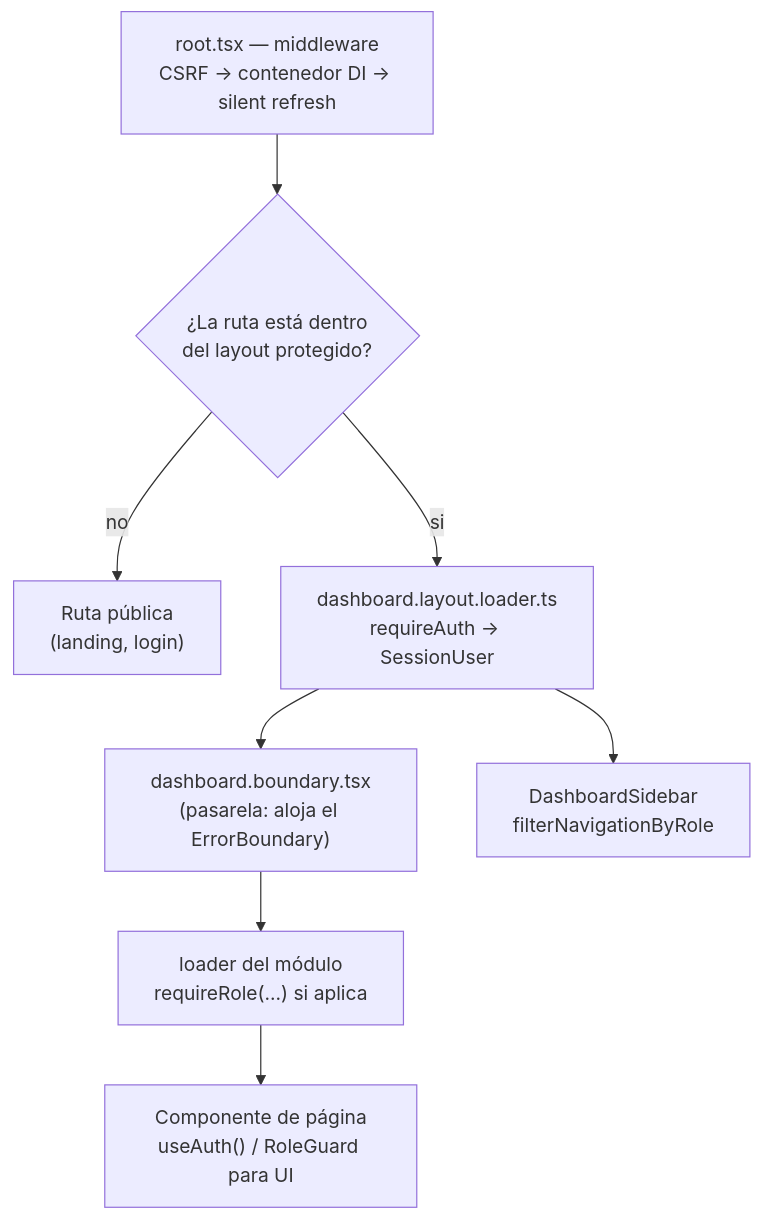
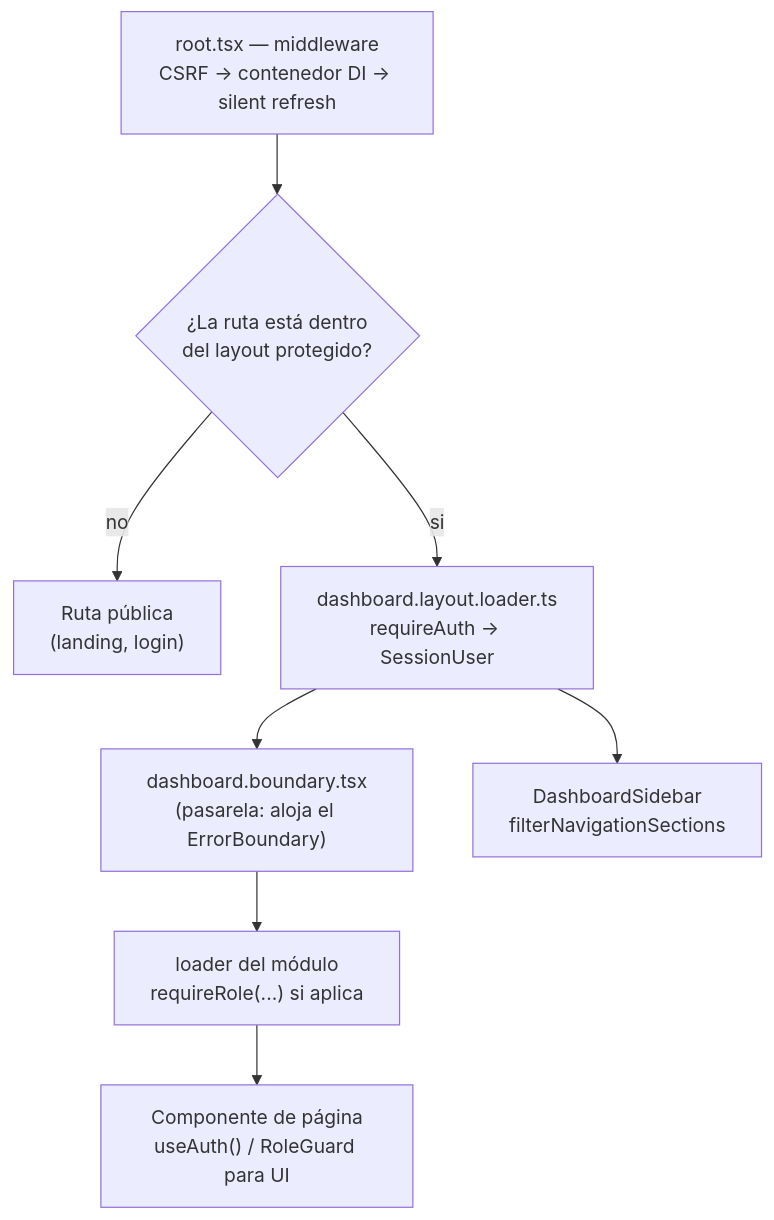
Before and after one commit to jesustrujillodev/instituto-digital: the diagram in docs/routing/00-sistema-enrutado.md, drawn with Mermaid. The commit also changed other lines of this file and 49 other files, not shown here.

````diff
--- a/docs/routing/00-sistema-enrutado.md
+++ b/docs/routing/00-sistema-enrutado.md
@@ -150,10 +150,10 @@
 ```mermaid
 flowchart TD
     A["root.tsx — middleware<br/>CSRF → contenedor DI → silent refresh"] --> B{"¿La ruta está dentro<br/>del layout protegido?"}
     B -- no --> C["Ruta pública<br/>(landing, login)"]
     B -- si --> D["dashboard.layout.loader.ts<br/>requireAuth → SessionUser"]
     D --> E["dashboard.boundary.tsx<br/>(pasarela: aloja el ErrorBoundary)"]
     E --> F["loader del módulo<br/>requireRole(...) si aplica"]
     F --> G["Componente de página<br/>useAuth() / RoleGuard para UI"]
-    D --> H["DashboardSidebar<br/>filterNavigationByRole"]
+    D --> H["DashboardSidebar<br/>filterNavigationSections"]
 ```
````
